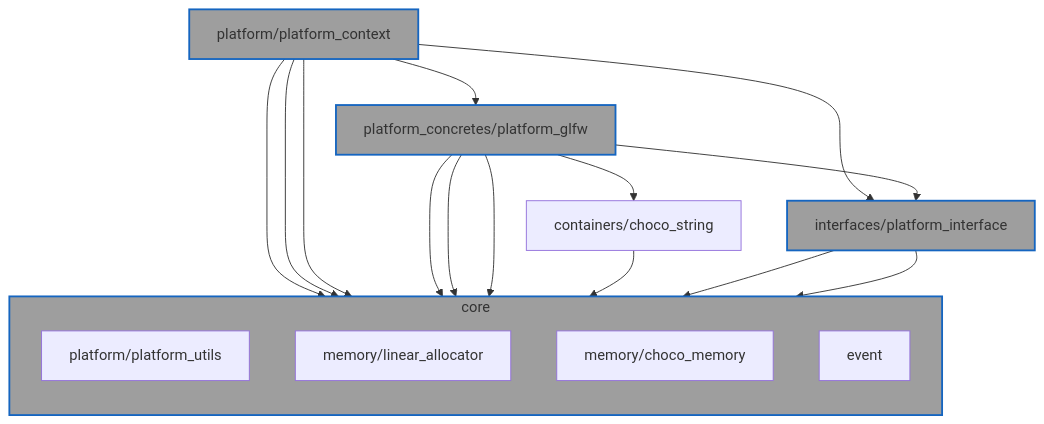
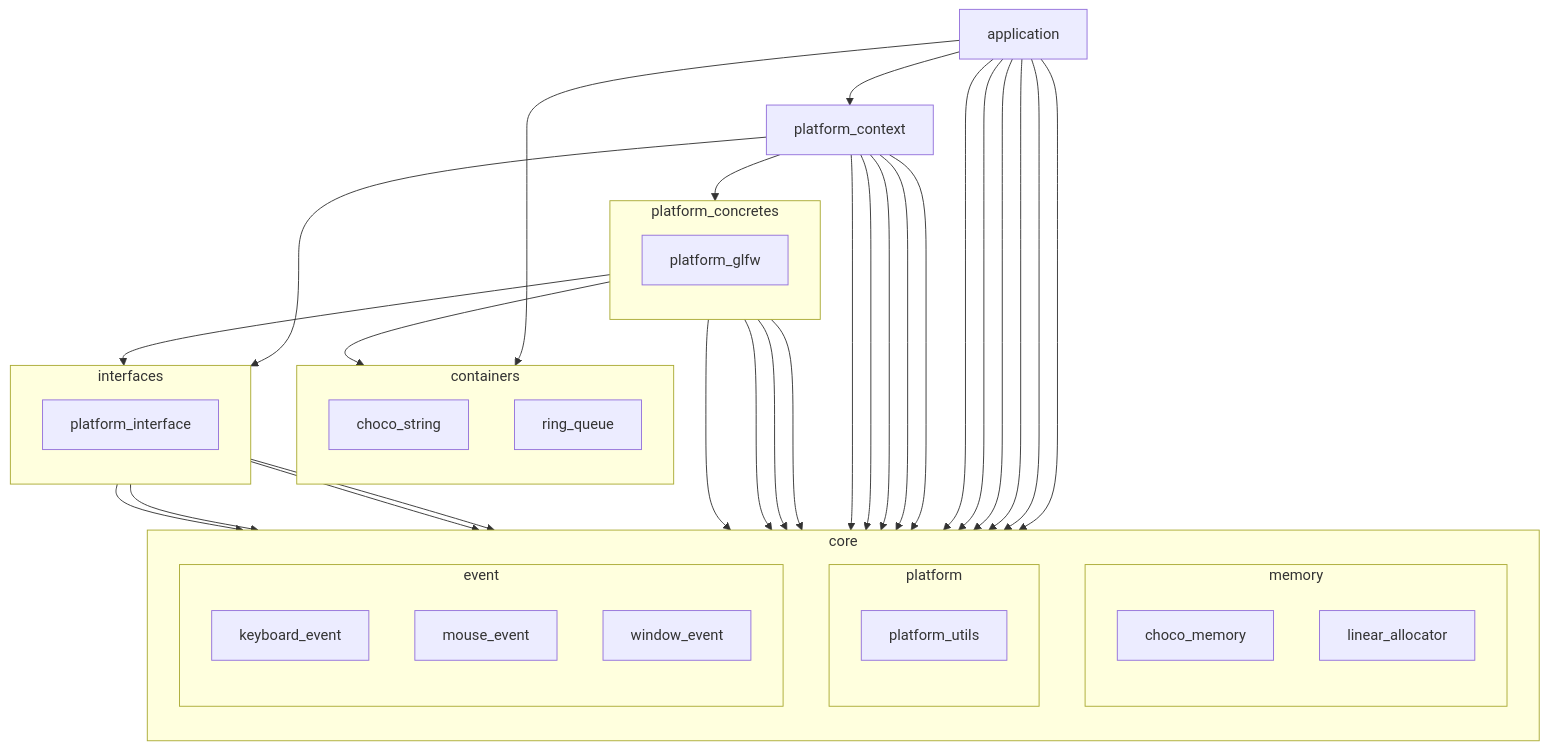
One commit to chocolate-pie24/gl_choco_engine changed the second of 2 diagrams in docs/layer.md. Above: the diagram before and after it, drawn with Mermaid. The commit also changed other lines of this file and 52 other files, not shown here.

````diff
--- a/docs/layer.md
+++ b/docs/layer.md
@@ -194,46 +63,71 @@
 ```mermaid
 graph TD
+  APPLICATION[application]
+  PLATFORM_CONTEXT[platform_context]
 
-  %% engine/platform/platform_context
-  PLATFORM_CONTEXT[platform/platform_context]
-  style PLATFORM_CONTEXT fill:#9E9E9E,stroke:#1565C0,stroke-width:2px
+  subgraph CONTAINERS[containers]
+    direction TB
+    CHOCO_STRING[choco_string]
+    RING_QUEUE[ring_queue]
+  end
 
-  %% engine/platform_concretes/platform_glfw
-  PLATFORM_GLFW[platform_concretes/platform_glfw]
-  style PLATFORM_GLFW fill:#9E9E9E,stroke:#1565C0,stroke-width:2px
-
-  %% engine/interfaces/platform_interface
-  PLATFORM_INTERFACE[interfaces/platform_interface]
-  style PLATFORM_INTERFACE fill:#9E9E9E,stroke:#1565C0,stroke-width:2px
-
-  %% engine/containers/choco_string
-  CHOCO_STRING[containers/choco_string]
-  style PLATFORM_INTERFACE fill:#9E9E9E,stroke:#1565C0,stroke-width:2px
-
-  %% core
   subgraph CORE[core]
     direction TB
-    PLATFORM_PLATFORM_UTILS[platform/platform_utils]
-    MEMORY_LINEAR_ALLOCATOR[memory/linear_allocator]
-    MEMORY_CHOCO_MEMORY[memory/choco_memory]
-    EVENT[event]
+    subgraph MEMORY[memory]
+      direction TB
+      CHOCO_MEMORY[choco_memory]
+      LINEAR_ALLOCATOR[linear_allocator]
+    end
+
+    subgraph PLATFORM[platform]
+      direction TB
+      PLATFORM_UTILS[platform_utils]
+    end
+
+    subgraph EVENT[event]
+      direction TB
+      KEYBOARD_EVENT[keyboard_event]
+      MOUSE_EVENT[mouse_event]
+      WINDOW_EVENT[window_event]
+    end
   end
-  style CORE fill:#9E9E9E,stroke:#1565C0,stroke-width:2px
 
+  subgraph INTERFACES[interfaces]
+    direction TB
+    PLATFORM_INTERFACE[platform_interface]
+  end
+
+  subgraph PLATFORM_CONCRETES[platform_concretes]
+    direction TB
+    PLATFORM_GLFW[platform_glfw]
+  end
+
+  APPLICATION --> CHOCO_MEMORY
+  APPLICATION --> LINEAR_ALLOCATOR
+  APPLICATION --> PLATFORM_UTILS
+  APPLICATION --> KEYBOARD_EVENT
+  APPLICATION --> MOUSE_EVENT
+  APPLICATION --> WINDOW_EVENT
+  APPLICATION --> PLATFORM_CONTEXT
+  APPLICATION --> RING_QUEUE
+
+  PLATFORM_INTERFACE --> PLATFORM_UTILS
+  PLATFORM_INTERFACE --> WINDOW_EVENT
+  PLATFORM_INTERFACE --> MOUSE_EVENT
+  PLATFORM_INTERFACE --> KEYBOARD_EVENT
+
+  PLATFORM_GLFW --> PLATFORM_INTERFACE
+  PLATFORM_GLFW --> PLATFORM_UTILS
+  PLATFORM_GLFW --> WINDOW_EVENT
+  PLATFORM_GLFW --> MOUSE_EVENT
+  PLATFORM_GLFW --> KEYBOARD_EVENT
+  PLATFORM_GLFW --> CHOCO_STRING
+
+  PLATFORM_CONTEXT --> LINEAR_ALLOCATOR
+  PLATFORM_CONTEXT --> PLATFORM_UTILS
+  PLATFORM_CONTEXT --> KEYBOARD_EVENT
+  PLATFORM_CONTEXT --> MOUSE_EVENT
+  PLATFORM_CONTEXT --> WINDOW_EVENT
   PLATFORM_CONTEXT --> PLATFORM_GLFW
   PLATFORM_CONTEXT --> PLATFORM_INTERFACE
-  PLATFORM_CONTEXT --> PLATFORM_PLATFORM_UTILS
-  PLATFORM_CONTEXT --> MEMORY_LINEAR_ALLOCATOR
-  PLATFORM_CONTEXT --> EVENT
-
-  PLATFORM_GLFW --> PLATFORM_INTERFACE
-  PLATFORM_GLFW --> PLATFORM_PLATFORM_UTILS
-  PLATFORM_GLFW --> MEMORY_LINEAR_ALLOCATOR
-  PLATFORM_GLFW --> EVENT
-  PLATFORM_GLFW --> CHOCO_STRING
-
-  CHOCO_STRING --> MEMORY_CHOCO_MEMORY
-
-  PLATFORM_INTERFACE --> PLATFORM_PLATFORM_UTILS
-  PLATFORM_INTERFACE --> EVENT
 ```
````
